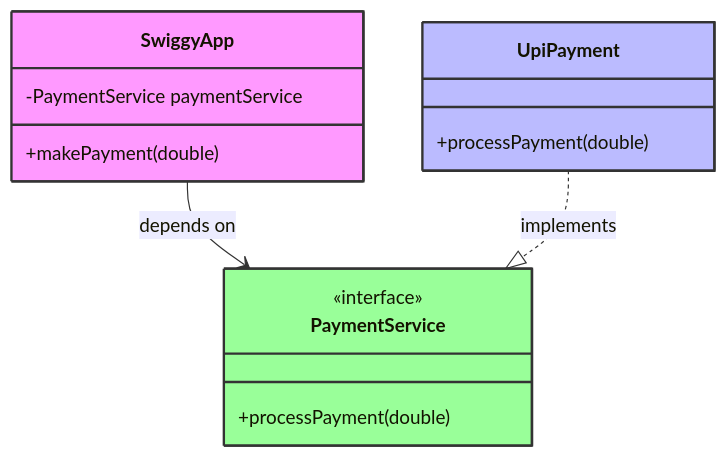
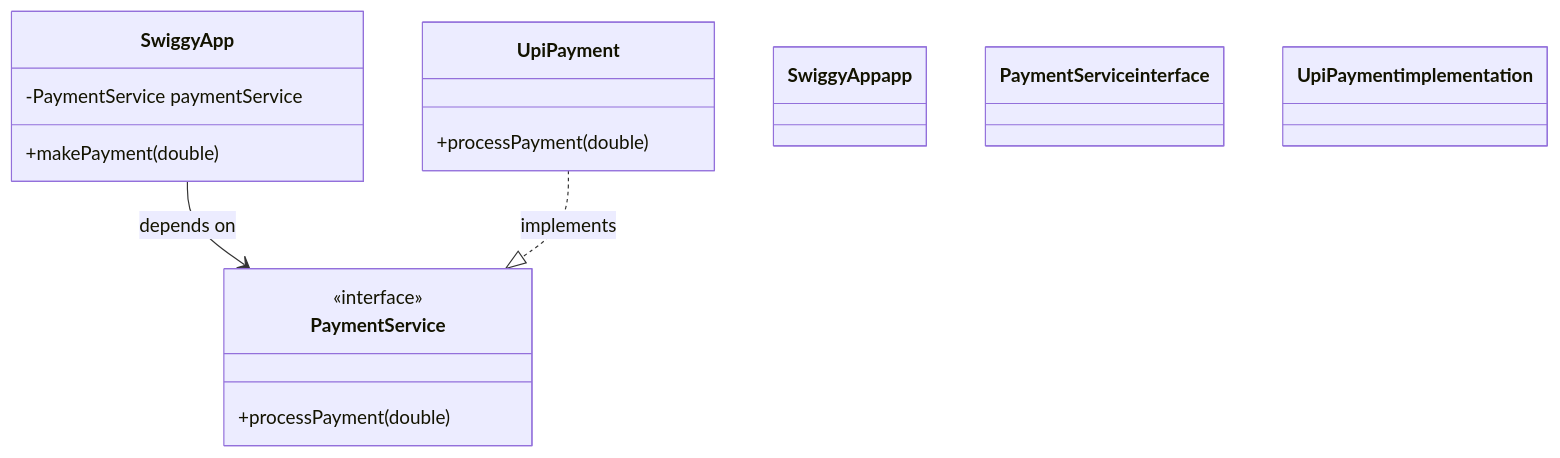
Before and after one commit to Shree2604/LL-System-Design: the sixth of 6 diagrams in Day01/SOLID Principals/README.md, drawn with Mermaid. The commit also changed other lines of this file and 3 other files, not shown here.

````diff
--- a/Day01/SOLID Principals/README.md
+++ b/Day01/SOLID Principals/README.md
@@ -126,23 +136,28 @@
 ```mermaid
 classDiagram
     class SwiggyApp {
         -PaymentService paymentService
         +makePayment(double)
     }
     
     class PaymentService {
         <<interface>>
         +processPayment(double)
     }
     
     class UpiPayment {
         +processPayment(double)
     }
     
     SwiggyApp --> PaymentService : depends on
     UpiPayment ..|> PaymentService : implements
     
-    style SwiggyApp fill:#f9f,stroke:#333,stroke-width:2px
-    style PaymentService fill:#9f9,stroke:#333,stroke-width:2px
-    style UpiPayment fill:#bbf,stroke:#333,stroke-width:2px
+    classDef base fill:#2b2b2b,stroke:#4a4a4a,color:#e0e0e0,stroke-width:2px
+    classDef interface fill:#1e3a1e,stroke:#10b981,color:#e0e0e0,stroke-width:2px
+    classDef implementation fill:#1e3a8a,stroke:#3b82f6,color:#e0e0e0,stroke-width:2px
+    classDef app fill:#5b21b6,stroke:#8b5cf6,color:#e0e0e0,stroke-width:2px
+    
+    class SwiggyApp app
+    class PaymentService interface
+    class UpiPayment implementation
 ```
````
